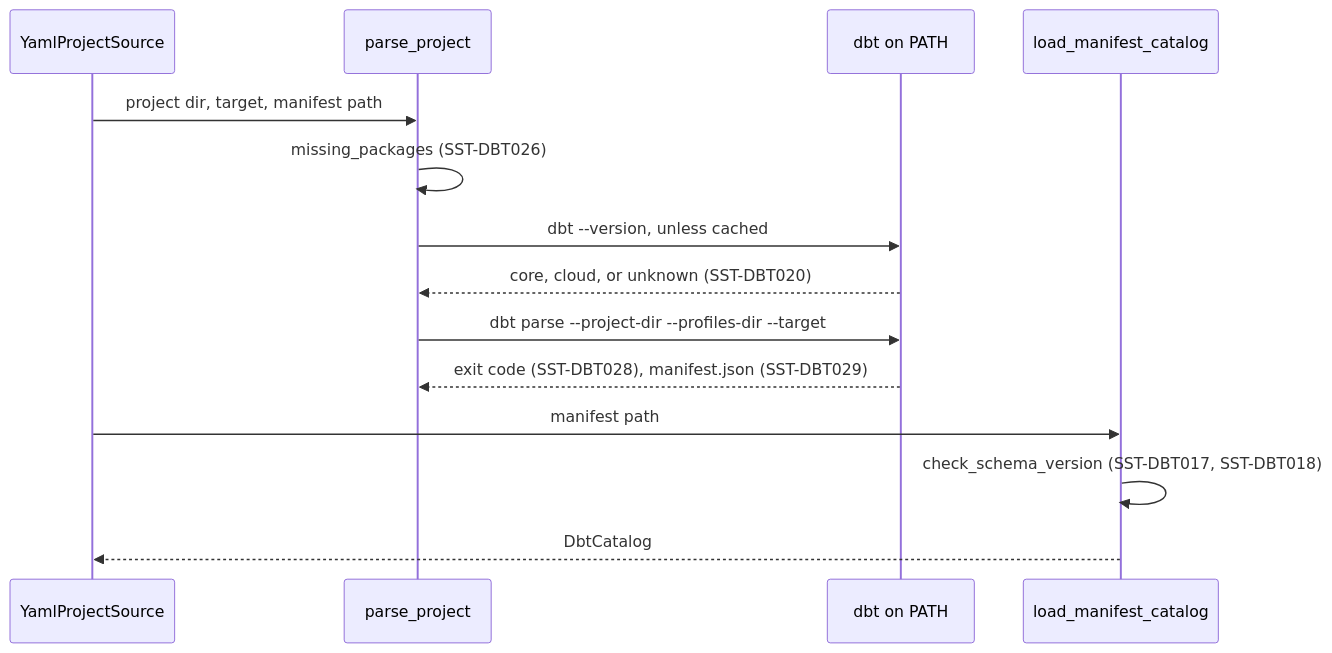
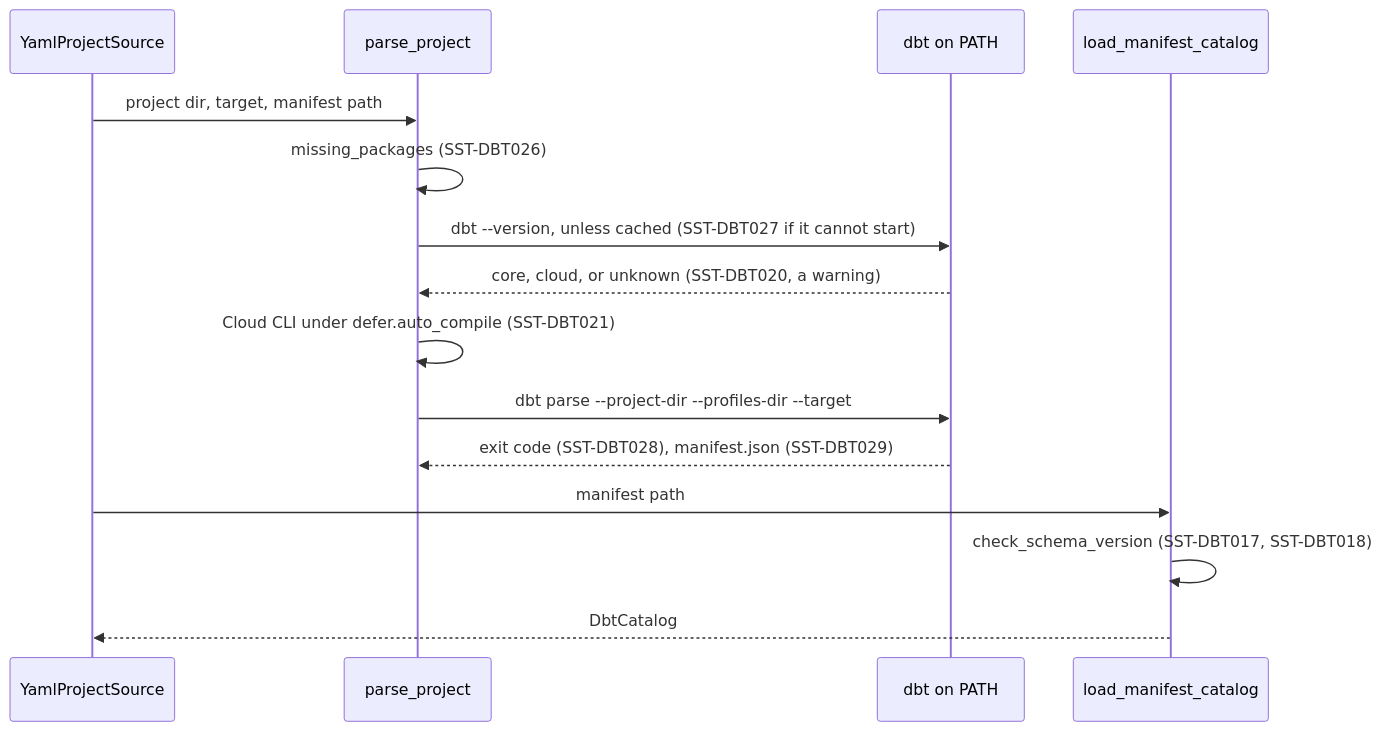
The second of 3 diagrams in docs/design/dbt-compatibility.md (WhoopInc/snowflake-semantic-tools), drawn with Mermaid before and after one commit. The commit also changed other lines of this file and 11 other files, not shown here.

````diff
--- a/docs/design/dbt-compatibility.md
+++ b/docs/design/dbt-compatibility.md
@@ -65,16 +65,17 @@
 ```mermaid
 sequenceDiagram
     participant S as YamlProjectSource
     participant I as parse_project
     participant D as dbt on PATH
     participant M as load_manifest_catalog
     S->>I: project dir, target, manifest path
     I->>I: missing_packages (SST-DBT026)
-    I->>D: dbt --version, unless cached
-    D-->>I: core, cloud, or unknown (SST-DBT020)
+    I->>D: dbt --version, unless cached (SST-DBT027 if it cannot start)
+    D-->>I: core, cloud, or unknown (SST-DBT020, a warning)
+    I->>I: Cloud CLI under defer.auto_compile (SST-DBT021)
     I->>D: dbt parse --project-dir --profiles-dir --target
     D-->>I: exit code (SST-DBT028), manifest.json (SST-DBT029)
     S->>M: manifest path
     M->>M: check_schema_version (SST-DBT017, SST-DBT018)
     M-->>S: DbtCatalog
 ```
````
